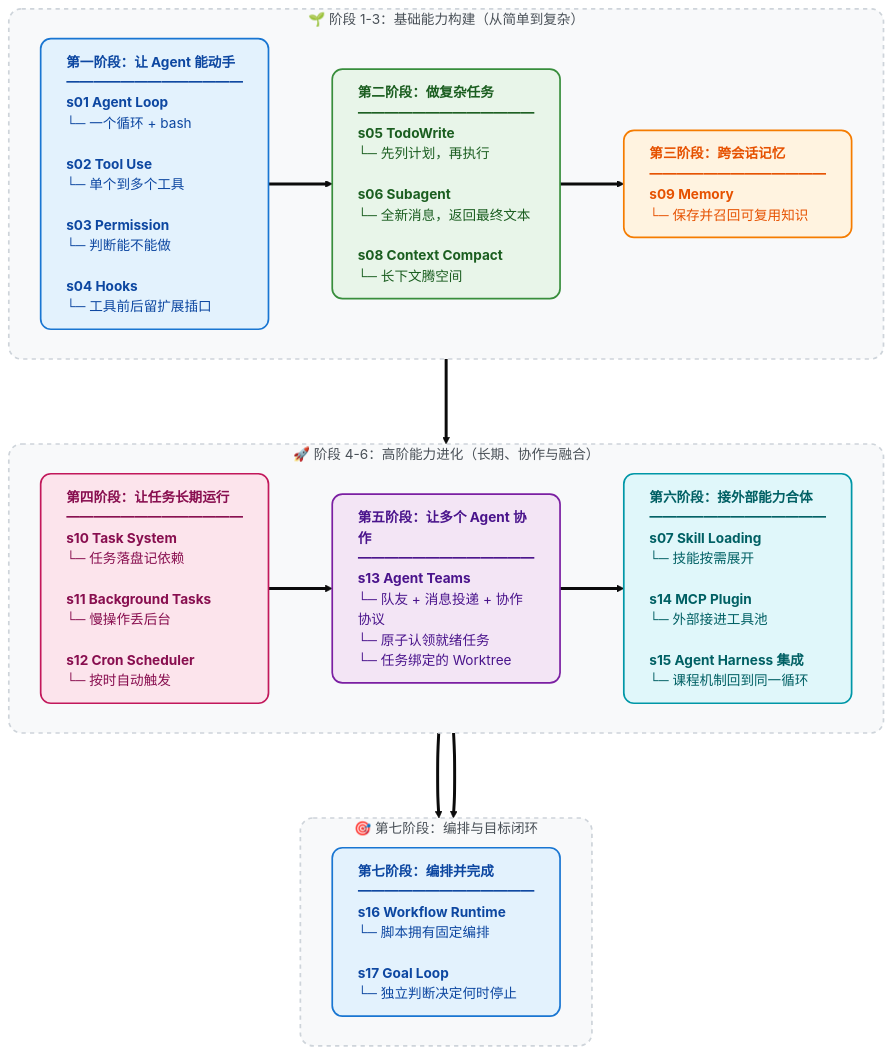
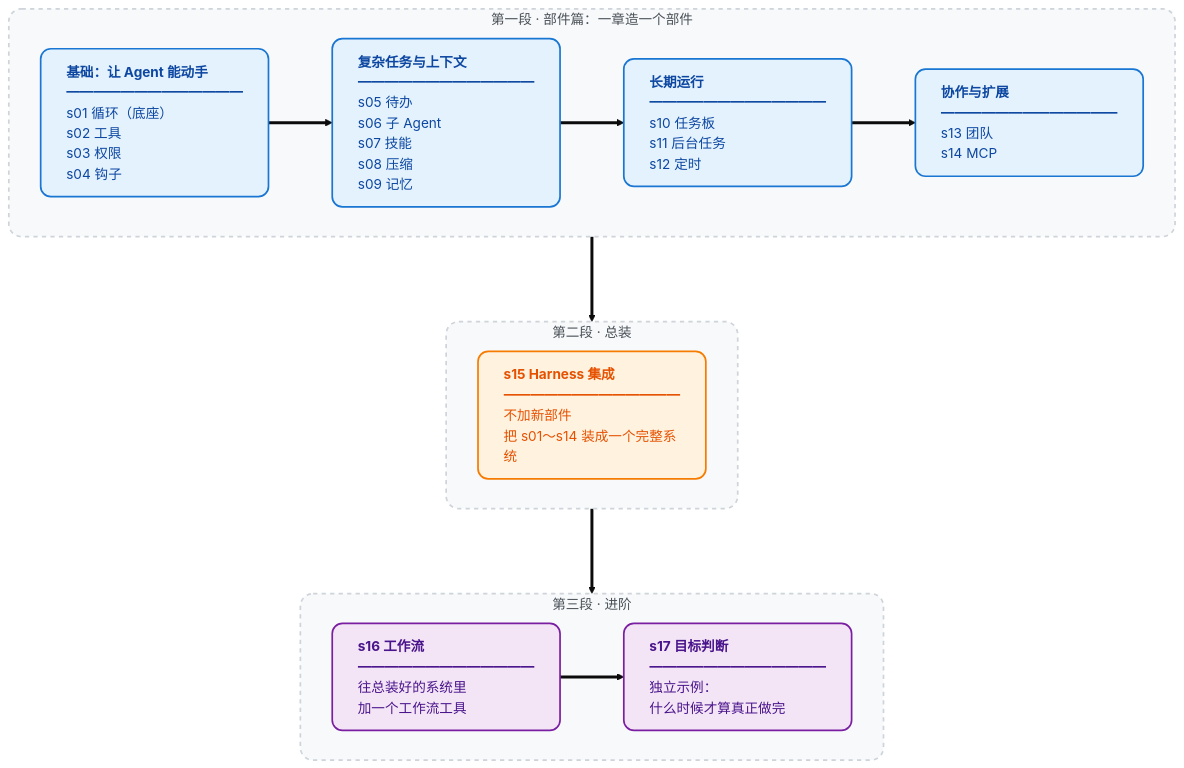
Before and after one commit to hubooooooo/claude-code-harness-study: the diagram in README.md, drawn with Mermaid (base theme). The commit also changed other lines of this file and 25 other files, not shown here.

````diff
--- a/README.md
+++ b/README.md
@@ -254,50 +160,31 @@
 ```mermaid
 flowchart TD
-    %% 统一定义卡片样式：加入 text-align:left 保证列表不会居中乱飘
-    classDef stage1 fill:#E3F2FD,stroke:#1976D2,stroke-width:2px,color:#0D47A1,rx:12,ry:12,text-align:left
-    classDef stage2 fill:#E8F5E9,stroke:#388E3C,stroke-width:2px,color:#1B5E20,rx:12,ry:12,text-align:left
-    classDef stage3 fill:#FFF3E0,stroke:#F57C00,stroke-width:2px,color:#E65100,rx:12,ry:12,text-align:left
-    classDef stage4 fill:#FCE4EC,stroke:#C2185b,stroke-width:2px,color:#880E4F,rx:12,ry:12,text-align:left
-    classDef stage5 fill:#F3E5F5,stroke:#7B1FA2,stroke-width:2px,color:#4A148C,rx:12,ry:12,text-align:left
-    classDef stage6 fill:#E0F7FA,stroke:#0097A7,stroke-width:2px,color:#006064,rx:12,ry:12,text-align:left
-    
-    %% 背景框样式
+    classDef part fill:#E3F2FD,stroke:#1976D2,stroke-width:2px,color:#0D47A1,rx:12,ry:12,text-align:left
+    classDef build fill:#FFF3E0,stroke:#F57C00,stroke-width:2px,color:#E65100,rx:12,ry:12,text-align:left
+    classDef adv fill:#F3E5F5,stroke:#7B1FA2,stroke-width:2px,color:#4A148C,rx:12,ry:12,text-align:left
     classDef groupBox fill:#F8F9FA,stroke:#CED4DA,stroke-width:2px,stroke-dasharray: 5 5,rx:15,ry:15,color:#495057
-    
-    %% 第一层：1-3阶段
-    subgraph Phase1 ["🌱 阶段 1-3：基础能力构建（从简单到复杂）"]
+
+    subgraph Part1 ["第一段 · 部件篇：一章造一个部件"]
         direction LR
-        S1["<b>第一阶段：让 Agent 能动手</b><br/>━━━━━━━━━━━━━<br/><b>s01 Agent Loop</b><br/>└─ 一个循环 + bash<br/><br/><b>s02 Tool Use</b><br/>└─ 单个到多个工具<br/><br/><b>s03 Permission</b><br/>└─ 判断能不能做<br/><br/><b>s04 Hooks</b><br/>└─ 工具前后留扩展插口"]:::stage1
-
-        S2["<b>第二阶段：做复杂任务</b><br/>━━━━━━━━━━━━━<br/><b>s05 TodoWrite</b><br/>└─ 先列计划，再执行<br/><br/><b>s06 Subagent</b><br/>└─ 全新消息，返回最终文本<br/><br/><b>s08 Context Compact</b><br/>└─ 长下文腾空间"]:::stage2
-
-        S3["<b>第三阶段：跨会话记忆</b><br/>━━━━━━━━━━━━━<br/><b>s09 Memory</b><br/>└─ 保存并召回可复用知识"]:::stage3
-
-        S1 ==> S2 ==> S3
+        A["<b>基础：让 Agent 能动手</b><br/>━━━━━━━━━━━━━<br/>s01 循环（底座）<br/>s02 工具<br/>s03 权限<br/>s04 钩子"]:::part
+        B["<b>复杂任务与上下文</b><br/>━━━━━━━━━━━━━<br/>s05 待办<br/>s06 子 Agent<br/>s07 技能<br/>s08 压缩<br/>s09 记忆"]:::part
+        C["<b>长期运行</b><br/>━━━━━━━━━━━━━<br/>s10 任务板<br/>s11 后台任务<br/>s12 定时"]:::part
+        D["<b>协作与扩展</b><br/>━━━━━━━━━━━━━<br/>s13 团队<br/>s14 MCP"]:::part
+        A ==> B ==> C ==> D
     end
 
-    %% 第二层：4-6阶段
-    subgraph Phase2 ["🚀 阶段 4-6：高阶能力进化（长期、协作与融合）"]
-        direction LR
-        S4["<b>第四阶段：让任务长期运行</b><br/>━━━━━━━━━━━━━<br/><b>s10 Task System</b><br/>└─ 任务落盘记依赖<br/><br/><b>s11 Background Tasks</b><br/>└─ 慢操作丢后台<br/><br/><b>s12 Cron Scheduler</b><br/>└─ 按时自动触发"]:::stage4
-
-        S5["<b>第五阶段：让多个 Agent 协作</b><br/>━━━━━━━━━━━━━<br/><b>s13 Agent Teams</b><br/>└─ 队友 + 消息投递 + 协作协议<br/>└─ 原子认领就绪任务<br/>└─ 任务绑定的 Worktree"]:::stage5
-
-        S6["<b>第六阶段：接外部能力合体</b><br/>━━━━━━━━━━━━━<br/><b>s07 Skill Loading</b><br/>└─ 技能按需展开<br/><br/><b>s14 MCP Plugin</b><br/>└─ 外部接进工具池<br/><br/><b>s15 Agent Harness 集成</b><br/>└─ 课程机制回到同一循环"]:::stage6
-
-        S4 ==> S5 ==> S6
+    subgraph Part2 ["第二段 · 总装"]
+        E["<b>s15 Harness 集成</b><br/>━━━━━━━━━━━━━<br/>不加新部件<br/>把 s01～s14 装成一个完整系统"]:::build
     end
 
-    %% 第三层：编排与目标闭环
-    subgraph Phase3 ["🎯 第七阶段：编排与目标闭环"]
+    subgraph Part3 ["第三段 · 进阶"]
         direction LR
-        S7["<b>第七阶段：编排并完成</b><br/>━━━━━━━━━━━━━<br/><b>s16 Workflow Runtime</b><br/>└─ 脚本拥有固定编排<br/><br/><b>s17 Goal Loop</b><br/>└─ 独立判断决定何时停止"]:::stage1
-        S6 ==> S7
+        F["<b>s16 工作流</b><br/>━━━━━━━━━━━━━<br/>往总装好的系统里<br/>加一个工作流工具"]:::adv
+        G["<b>s17 目标判断</b><br/>━━━━━━━━━━━━━<br/>独立示例：<br/>什么时候才算真正做完"]:::adv
+        F ==> G
     end
 
-    %% 将三个模块连接起来，形成 Z 字形阅读流
-    Phase1 ===> Phase2 ===> Phase3
+    Part1 ===> Part2 ===> Part3
 
-    %% 应用背景样式
-    class Phase1,Phase2,Phase3 groupBox
+    class Part1,Part2,Part3 groupBox
 ```
````
